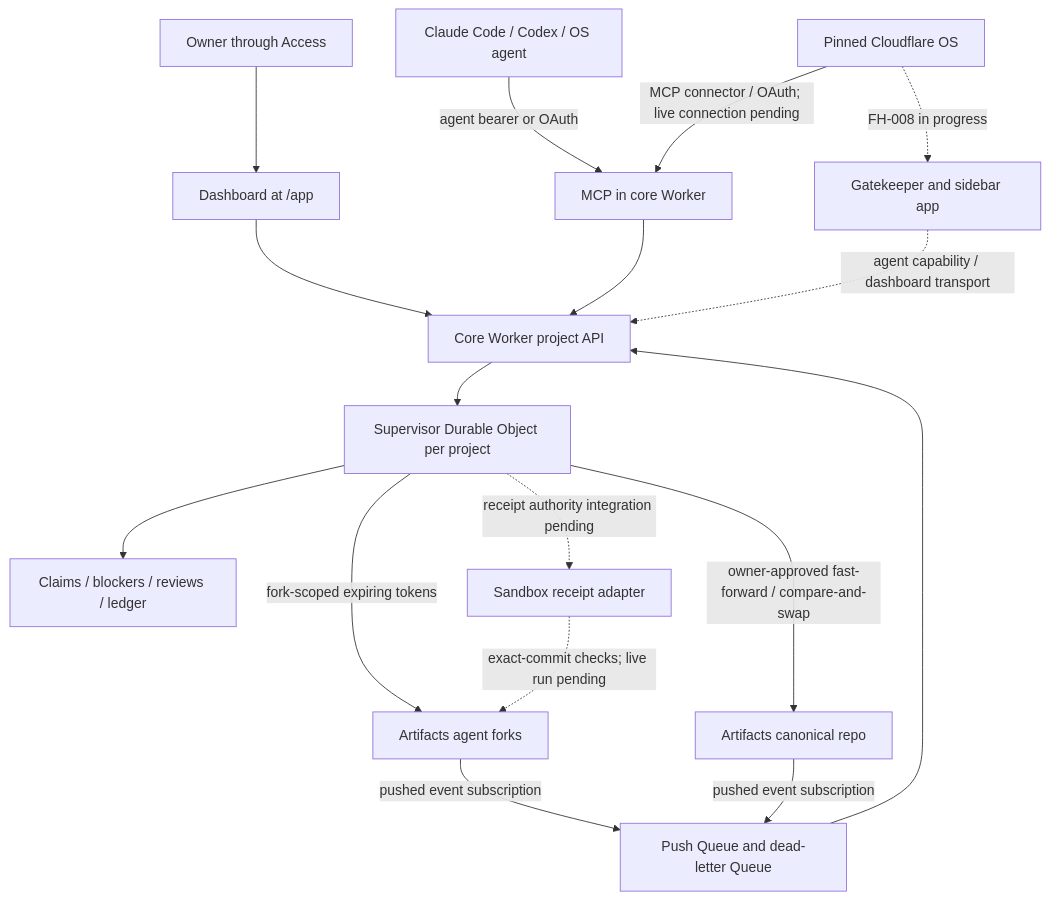
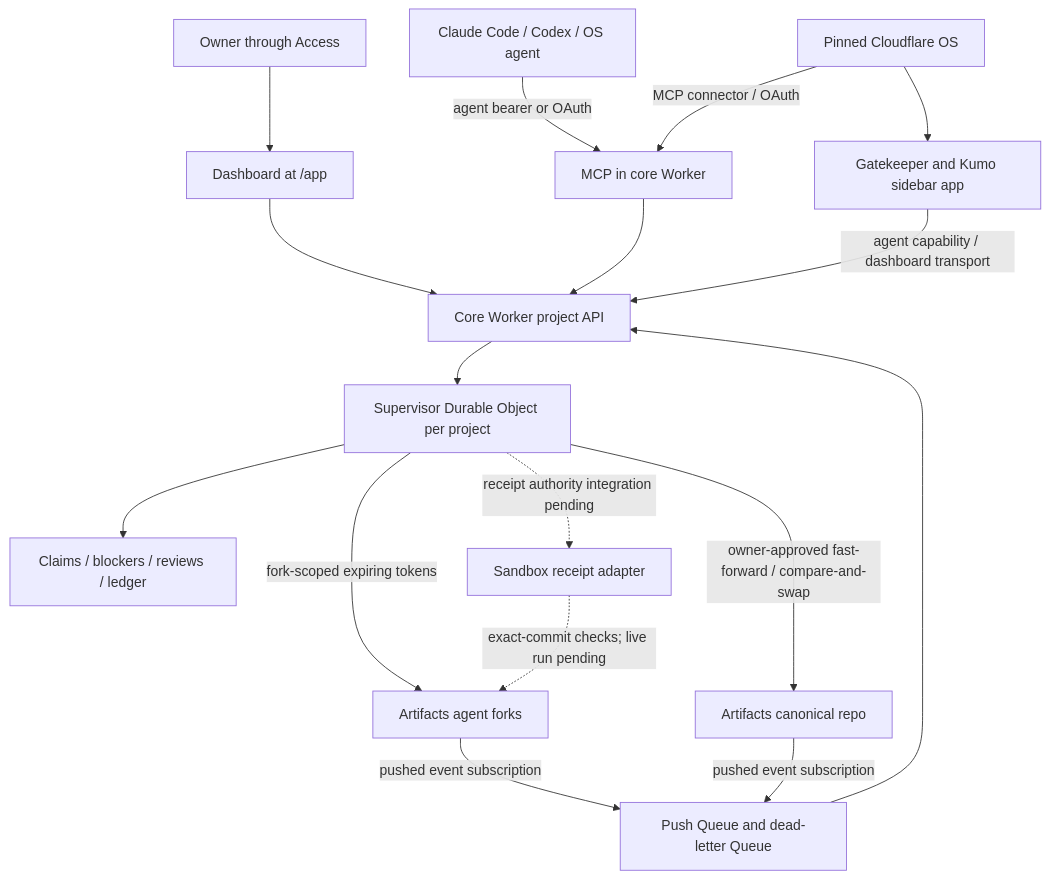
The diagram in README.md (coleprice/fork-horse), drawn with Mermaid before and after one commit. The commit also changed other lines of this file and 3 other files, not shown here.

````diff
--- a/README.md
+++ b/README.md
@@ -29,19 +55,19 @@
 ```mermaid
 flowchart TD
   Agent[Claude Code / Codex / OS agent] -->|agent bearer or OAuth| MCP[MCP in core Worker]
   Owner[Owner through Access] --> UI[Dashboard at /app]
   UI --> Core[Core Worker project API]
   MCP --> Core
   Core --> DO[Supervisor Durable Object per project]
   DO -->|fork-scoped expiring tokens| Forks[Artifacts agent forks]
   DO -->|owner-approved fast-forward / compare-and-swap| Canonical[Artifacts canonical repo]
   Forks -->|pushed event subscription| Queue[Push Queue and dead-letter Queue]
   Canonical -->|pushed event subscription| Queue
   Queue --> Core
   DO --> Claims[Claims / blockers / reviews / ledger]
   DO -. receipt authority integration pending .-> Runner[Sandbox receipt adapter]
   Runner -. exact-commit checks; live run pending .-> Forks
-  OS[Pinned Cloudflare OS] -->|MCP connector / OAuth; live connection pending| MCP
-  OS -. FH-008 in progress .-> Gatekeeper[Gatekeeper and sidebar app]
-  Gatekeeper -. agent capability / dashboard transport .-> Core
+  OS[Pinned Cloudflare OS] -->|MCP connector / OAuth| MCP
+  OS --> Gatekeeper[Gatekeeper and Kumo sidebar app]
+  Gatekeeper -->|agent capability / dashboard transport| Core
 ```
````
